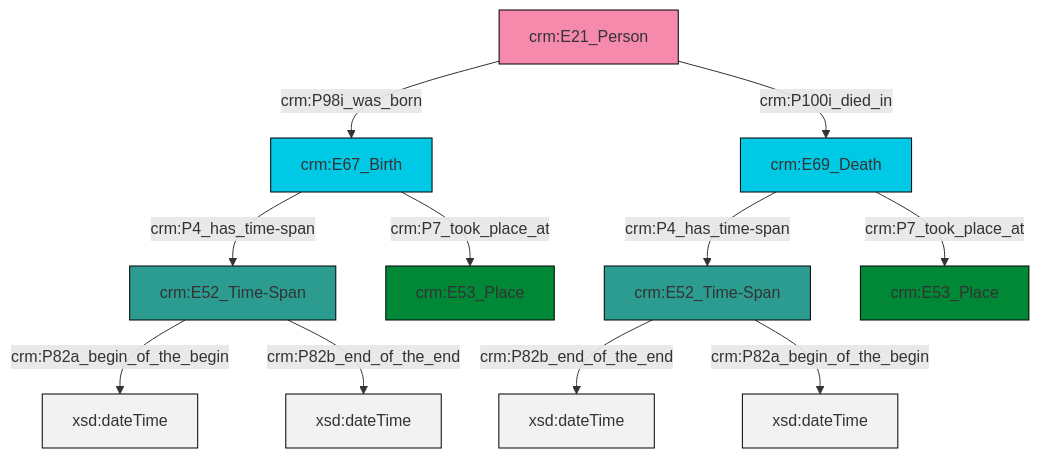
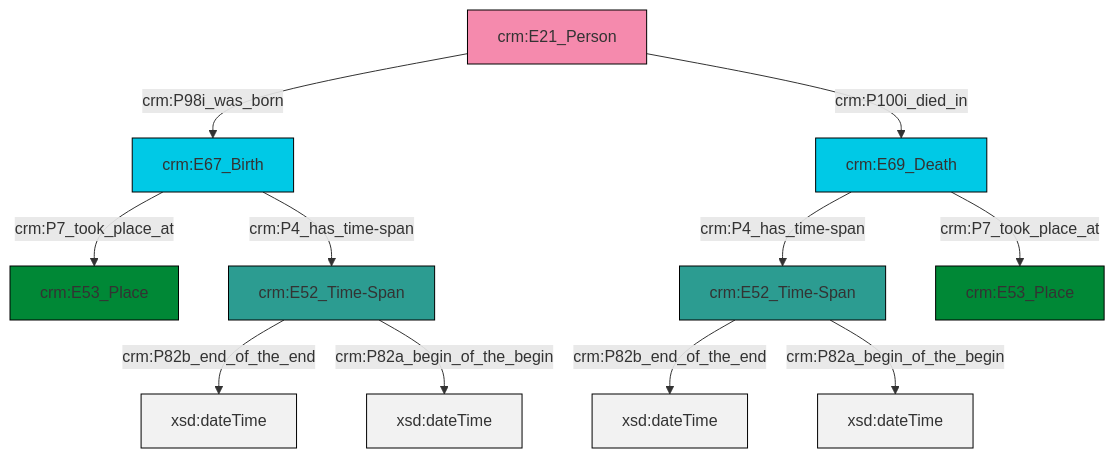
The diagram in et/personCSV/ttl/mmd/Person_Existence.ttl.mmd (swiss-art-research-net/reference-data-models), drawn with Mermaid before and after one commit. The commit also changed 128 other files, not shown here.

```diff
--- a/et/personCSV/ttl/mmd/Person_Existence.ttl.mmd
+++ b/et/personCSV/ttl/mmd/Person_Existence.ttl.mmd
@@ -1,25 +1,25 @@
 graph TD
 classDef Literal fill:#f2f2f2,stroke:#000000;
 classDef CRM_Entity fill:#FFFFFF,stroke:#000000;
 classDef Temporal_Entity fill:#00C9E6, stroke:#000000;
 classDef Type fill:#E18312, stroke:#000000;
 classDef Time-Span fill:#2C9C91, stroke:#000000;
 classDef Appellation fill:#FFEB7F, stroke:#000000;
 classDef Place fill:#008836, stroke:#000000;
 classDef Persistent_Item fill:#B266B2, stroke:#000000;
 classDef Conceptual_Object fill:#FFD700, stroke:#000000;
 classDef Physical_Thing fill:#D2B48C, stroke:#000000;
 classDef Actor fill:#f58aad, stroke:#000000;
 classDef PC_Classes fill:#4ce600, stroke:#000000;
 classDef Multi fill:#cccccc,stroke:#000000;
 
-0["crm:E67_Birth"]:::Temporal_Entity -->|crm:P4_has_time-span| 4["crm:E52_Time-Span"]:::Time-Span
-0["crm:E67_Birth"]:::Temporal_Entity -->|crm:P7_took_place_at| 6["crm:E53_Place"]:::Place
-7["crm:E52_Time-Span"]:::Time-Span -->|crm:P82b_end_of_the_end| 8[xsd:dateTime]:::Literal
-9["crm:E21_Person"]:::Actor -->|crm:P98i_was_born| 0["crm:E67_Birth"]:::Temporal_Entity
-4["crm:E52_Time-Span"]:::Time-Span -->|crm:P82a_begin_of_the_begin| 10[xsd:dateTime]:::Literal
-9["crm:E21_Person"]:::Actor -->|crm:P100i_died_in| 11["crm:E69_Death"]:::Temporal_Entity
-7["crm:E52_Time-Span"]:::Time-Span -->|crm:P82a_begin_of_the_begin| 13[xsd:dateTime]:::Literal
-11["crm:E69_Death"]:::Temporal_Entity -->|crm:P4_has_time-span| 7["crm:E52_Time-Span"]:::Time-Span
-11["crm:E69_Death"]:::Temporal_Entity -->|crm:P7_took_place_at| 2["crm:E53_Place"]:::Place
-4["crm:E52_Time-Span"]:::Time-Span -->|crm:P82b_end_of_the_end| 15[xsd:dateTime]:::Literal
+2["crm:E21_Person"]:::Actor -->|crm:P98i_was_born| 3["crm:E67_Birth"]:::Temporal_Entity
+3["crm:E67_Birth"]:::Temporal_Entity -->|crm:P4_has_time-span| 5["crm:E52_Time-Span"]:::Time-Span
+3["crm:E67_Birth"]:::Temporal_Entity -->|crm:P7_took_place_at| 0["crm:E53_Place"]:::Place
+6["crm:E52_Time-Span"]:::Time-Span -->|crm:P82b_end_of_the_end| 7[xsd:dateTime]:::Literal
+5["crm:E52_Time-Span"]:::Time-Span -->|crm:P82b_end_of_the_end| 8[xsd:dateTime]:::Literal
+6["crm:E52_Time-Span"]:::Time-Span -->|crm:P82a_begin_of_the_begin| 9[xsd:dateTime]:::Literal
+10["crm:E69_Death"]:::Temporal_Entity -->|crm:P7_took_place_at| 12["crm:E53_Place"]:::Place
+10["crm:E69_Death"]:::Temporal_Entity -->|crm:P4_has_time-span| 6["crm:E52_Time-Span"]:::Time-Span
+2["crm:E21_Person"]:::Actor -->|crm:P100i_died_in| 10["crm:E69_Death"]:::Temporal_Entity
+5["crm:E52_Time-Span"]:::Time-Span -->|crm:P82a_begin_of_the_begin| 16[xsd:dateTime]:::Literal
```
